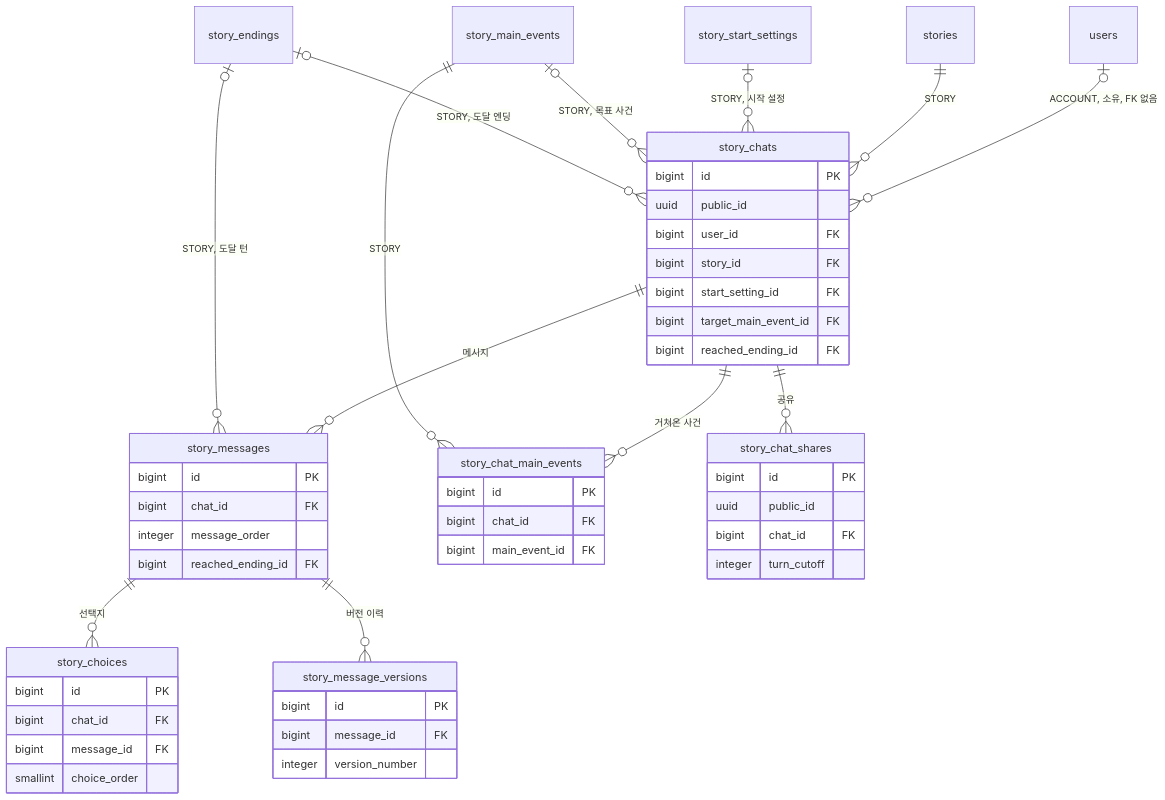
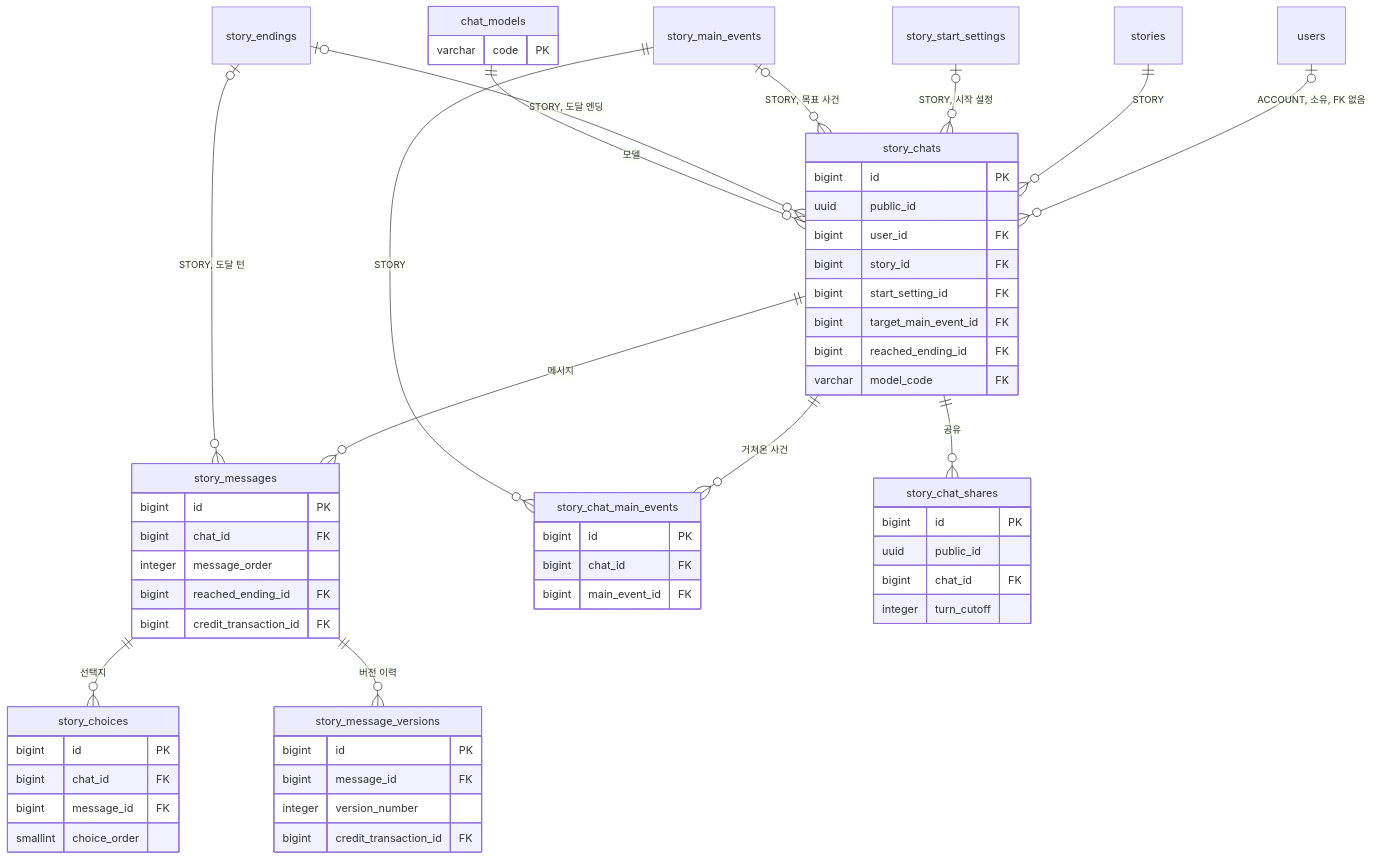
Before and after one commit to KIM-N-KANG/knk-harness: the first of 2 diagrams in docs/domain/CHAT/BACKEND/3-2-DB-SCHEMA.md, drawn with Mermaid. The commit also changed other lines of this file and 27 other files, not shown here.

````diff
--- a/docs/domain/CHAT/BACKEND/3-2-DB-SCHEMA.md
+++ b/docs/domain/CHAT/BACKEND/3-2-DB-SCHEMA.md
@@ -31,52 +31,59 @@
 ```mermaid
 erDiagram
     users |o--o{ story_chats : "ACCOUNT, 소유, FK 없음"
     stories ||--o{ story_chats : "STORY"
     story_start_settings |o--o{ story_chats : "STORY, 시작 설정"
     story_chats ||--o{ story_messages : "메시지"
     story_messages ||--o{ story_choices : "선택지"
     story_messages ||--o{ story_message_versions : "버전 이력"
     story_chats ||--o{ story_chat_main_events : "거쳐온 사건"
     story_main_events ||--o{ story_chat_main_events : "STORY"
     story_main_events |o--o{ story_chats : "STORY, 목표 사건"
     story_endings |o--o{ story_chats : "STORY, 도달 엔딩"
     story_endings |o--o{ story_messages : "STORY, 도달 턴"
     story_chats ||--o{ story_chat_shares : "공유"
+    chat_models ||--o{ story_chats : "모델"
     story_chats {
         bigint id PK
         uuid public_id
         bigint user_id FK
         bigint story_id FK
         bigint start_setting_id FK
         bigint target_main_event_id FK
         bigint reached_ending_id FK
+        varchar model_code FK
+    }
+    chat_models {
+        varchar code PK
     }
     story_messages {
         bigint id PK
         bigint chat_id FK
         integer message_order
         bigint reached_ending_id FK
+        bigint credit_transaction_id FK
     }
     story_choices {
         bigint id PK
         bigint chat_id FK
         bigint message_id FK
         smallint choice_order
     }
     story_message_versions {
         bigint id PK
         bigint message_id FK
         integer version_number
+        bigint credit_transaction_id FK
     }
     story_chat_main_events {
         bigint id PK
         bigint chat_id FK
         bigint main_event_id FK
     }
     story_chat_shares {
         bigint id PK
         uuid public_id
         bigint chat_id FK
         integer turn_cutoff
     }
 ```
````
